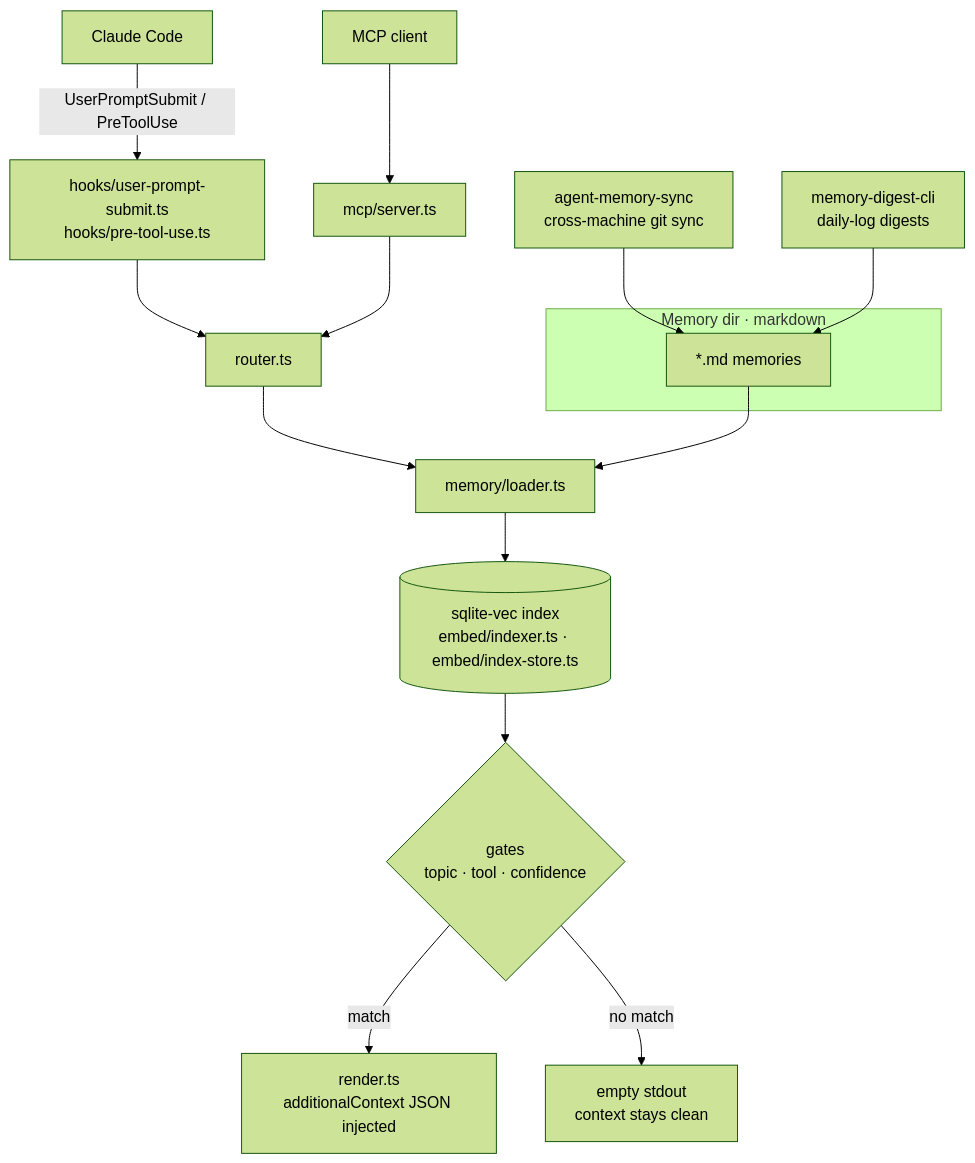
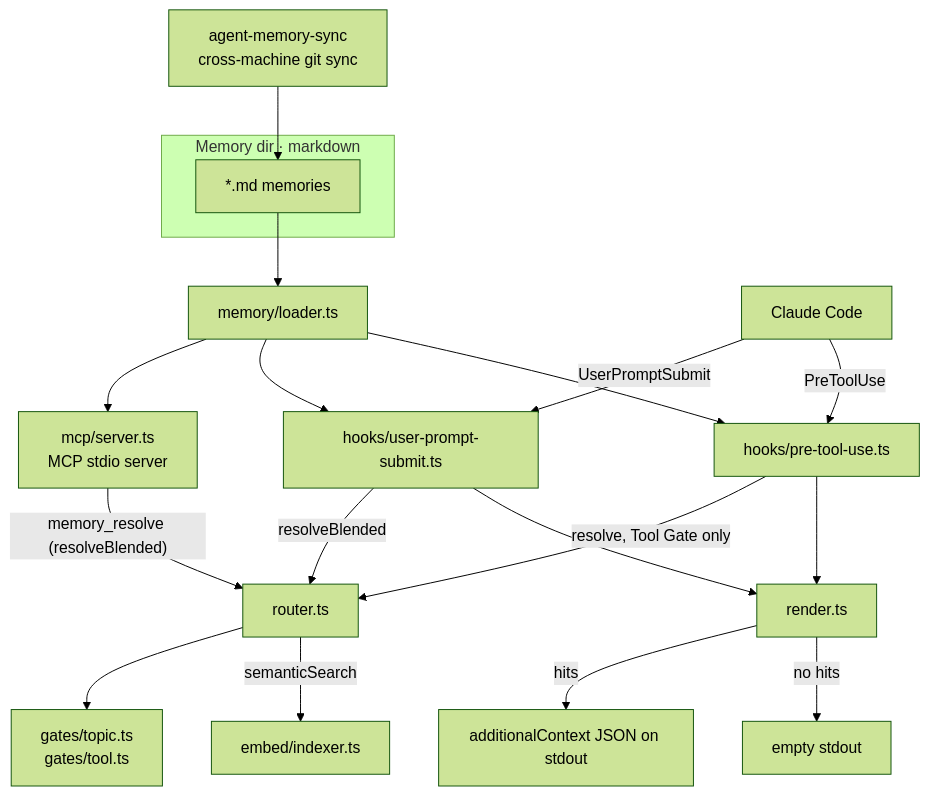
One commit to LanNguyenSi/agent-memory changed the first of 2 diagrams in README.md. Above: the diagram before and after it, drawn with Mermaid (forest theme). The commit also changed other lines of this file and 2 other files, not shown here.

Commit message:
docs: ground the routing diagram and fix publish and dogfood claims
The root README diagram showed the router loading memories and the gates
reading the sqlite-vec index. The hooks and the MCP server load memories
themselves; UserPromptSubmit and memory_resolve run the score blend,
PreToolUse runs only the Tool Gate, and only semantic search reads the
index, which `memory-router index` builds. The new diagrams show that
path and where prompt text reaches the embedding provider.

SECURITY.md and CONTRIBUTING.md named unscoped npm packages and said every
package is published; only @lannguyensi/memory-router is. CONTRIBUTING
also pointed at one maintainer's memory directory.

````diff
--- a/README.md
+++ b/README.md
@@ -9,20 +11,24 @@
 ```mermaid
 flowchart TD
-    cc["Claude Code"] -->|"UserPromptSubmit / PreToolUse"| hook["hooks/user-prompt-submit.ts<br/>hooks/pre-tool-use.ts"]
-    mcpc["MCP client"] --> mcp["mcp/server.ts"]
-    hook --> router["router.ts"]
-    mcp --> router
-
+    sync["agent-memory-sync<br/>cross-machine git sync"] --> files
     subgraph corpus["Memory dir · markdown"]
         files["*.md memories"]
     end
-    sync["agent-memory-sync<br/>cross-machine git sync"] --> files
-    digest["memory-digest-cli<br/>daily-log digests"] --> files
+    files --> loader["memory/loader.ts"]
+    loader --> mcp["mcp/server.ts<br/>MCP stdio server"]
+    loader --> ups["hooks/user-prompt-submit.ts"]
+    loader --> ptu["hooks/pre-tool-use.ts"]
+    cc["Claude Code"] -->|UserPromptSubmit| ups
+    cc -->|PreToolUse| ptu
 
-    router --> loader["memory/loader.ts"]
-    files --> loader
-    loader --> store[("sqlite-vec index<br/>embed/indexer.ts · embed/index-store.ts")]
-    store --> gates{"gates<br/>topic · tool · confidence"}
-    gates -->|match| render["render.ts<br/>additionalContext JSON injected"]
-    gates -->|no match| empty["empty stdout<br/>context stays clean"]
+    ups -->|resolveBlended| router["router.ts"]
+    ptu -->|"resolve, Tool Gate only"| router
+    mcp -->|"memory_resolve (resolveBlended)"| router
+    router --> gates["gates/topic.ts<br/>gates/tool.ts"]
+    router -->|semanticSearch| indexer["embed/indexer.ts"]
+
+    ups --> render["render.ts"]
+    ptu --> render
+    render -->|hits| out["additionalContext JSON on stdout"]
+    render -->|no hits| empty["empty stdout"]
 ```
````
